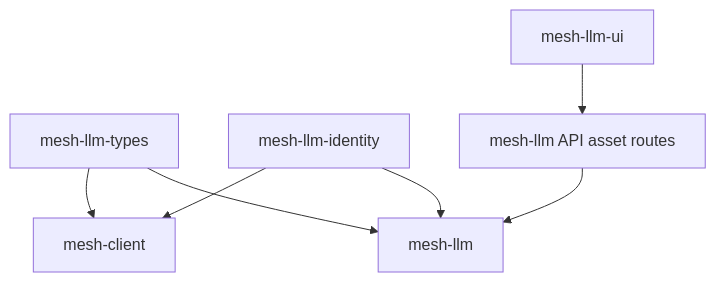
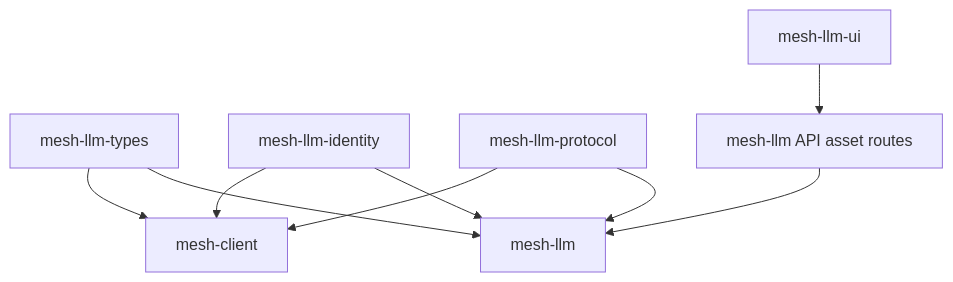
One commit to michaelneale/mesh-llm changed the first of 2 diagrams in docs/design/CRATE_DECOMPOSITION.md. Above: the diagram before and after it, drawn with Mermaid. The commit also changed other lines of this file and 26 other files, not shown here.

Commit message:
Extract shared mesh LLM protocol crate

````diff
--- a/docs/design/CRATE_DECOMPOSITION.md
+++ b/docs/design/CRATE_DECOMPOSITION.md
@@ -23,16 +26,19 @@
 ```mermaid
 flowchart TD
     types["mesh-llm-types"]
     client["mesh-client"]
     identity["mesh-llm-identity"]
     host["mesh-llm"]
+    protocol["mesh-llm-protocol"]
     ui["mesh-llm-ui"]
     api_assets["mesh-llm API asset routes"]
 
     types --> client
     types --> host
     identity --> client
     identity --> host
+    protocol --> client
+    protocol --> host
     ui --> api_assets
     api_assets --> host
 ```
````
